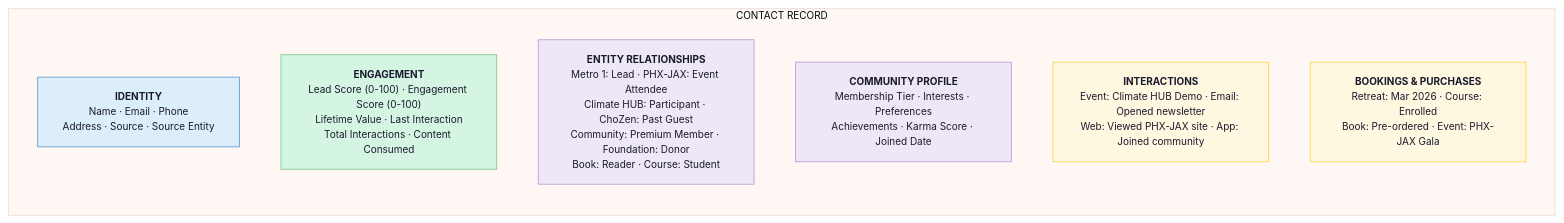
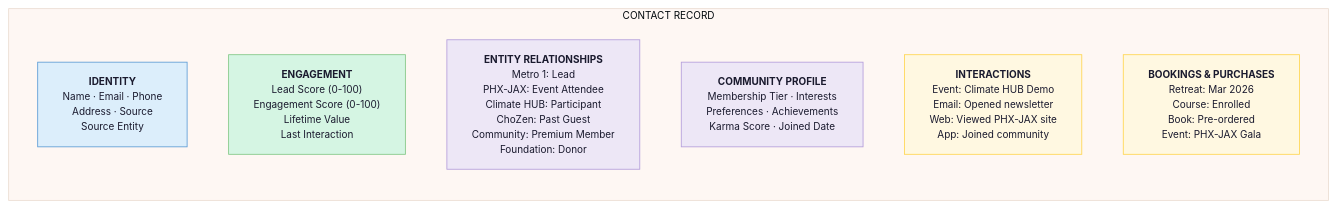
Before and after one commit to Light-Brands/qie: the fourth of 30 diagrams in legal-vault/proposals/cho-ventures-master-project-plan-2026-02-25.md, drawn with Mermaid. The commit also changed other lines of this file, not shown here.

First line of the commit message:
Fix Mermaid diagram text overflow: break long node labels into shorter lines

````diff
--- a/legal-vault/proposals/cho-ventures-master-project-plan-2026-02-25.md
+++ b/legal-vault/proposals/cho-ventures-master-project-plan-2026-02-25.md
@@ -286,18 +286,18 @@
 ```mermaid
 %%{init: {'theme': 'base', 'themeVariables': {'primaryColor': '#DCEEFB', 'primaryTextColor': '#1a1a2e', 'lineColor': '#7FB3D8', 'fontSize': '12px'}}}%%
 flowchart TB
     classDef blue fill:#DCEEFB,stroke:#5B9BD5,color:#1a1a2e
     classDef green fill:#D5F5E3,stroke:#82C785,color:#1a1a2e
     classDef lavender fill:#EDE7F6,stroke:#B39DDB,color:#1a1a2e
     classDef gold fill:#FFF8E1,stroke:#FFD54F,color:#1a1a2e
 
     subgraph RECORD["CONTACT RECORD"]
         direction TB
-        IDENTITY["<b>IDENTITY</b><br/>Name · Email · Phone<br/>Address · Source · Source Entity"]:::blue
-        ENGAGEMENT["<b>ENGAGEMENT</b><br/>Lead Score (0-100) · Engagement Score (0-100)<br/>Lifetime Value · Last Interaction<br/>Total Interactions · Content Consumed"]:::green
-        RELATIONSHIPS["<b>ENTITY RELATIONSHIPS</b><br/>Metro 1: Lead · PHX-JAX: Event Attendee<br/>Climate HUB: Participant · ChoZen: Past Guest<br/>Community: Premium Member · Foundation: Donor<br/>Book: Reader · Course: Student"]:::lavender
-        PROFILE["<b>COMMUNITY PROFILE</b><br/>Membership Tier · Interests · Preferences<br/>Achievements · Karma Score · Joined Date"]:::lavender
-        INTERACTIONS["<b>INTERACTIONS</b><br/>Event: Climate HUB Demo · Email: Opened newsletter<br/>Web: Viewed PHX-JAX site · App: Joined community"]:::gold
-        COMMERCE["<b>BOOKINGS & PURCHASES</b><br/>Retreat: Mar 2026 · Course: Enrolled<br/>Book: Pre-ordered · Event: PHX-JAX Gala"]:::gold
+        IDENTITY["<b>IDENTITY</b><br/>Name · Email · Phone<br/>Address · Source<br/>Source Entity"]:::blue
+        ENGAGEMENT["<b>ENGAGEMENT</b><br/>Lead Score (0-100)<br/>Engagement Score (0-100)<br/>Lifetime Value<br/>Last Interaction"]:::green
+        RELATIONSHIPS["<b>ENTITY RELATIONSHIPS</b><br/>Metro 1: Lead<br/>PHX-JAX: Event Attendee<br/>Climate HUB: Participant<br/>ChoZen: Past Guest<br/>Community: Premium Member<br/>Foundation: Donor"]:::lavender
+        PROFILE["<b>COMMUNITY PROFILE</b><br/>Membership Tier · Interests<br/>Preferences · Achievements<br/>Karma Score · Joined Date"]:::lavender
+        INTERACTIONS["<b>INTERACTIONS</b><br/>Event: Climate HUB Demo<br/>Email: Opened newsletter<br/>Web: Viewed PHX-JAX site<br/>App: Joined community"]:::gold
+        COMMERCE["<b>BOOKINGS & PURCHASES</b><br/>Retreat: Mar 2026<br/>Course: Enrolled<br/>Book: Pre-ordered<br/>Event: PHX-JAX Gala"]:::gold
     end
 ```
````
